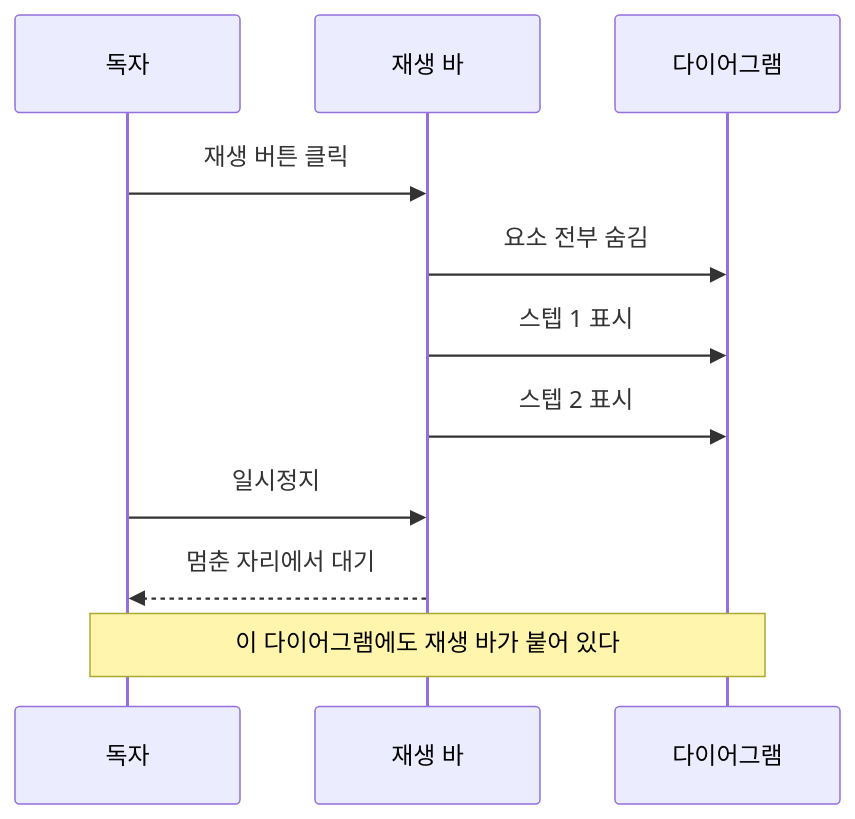
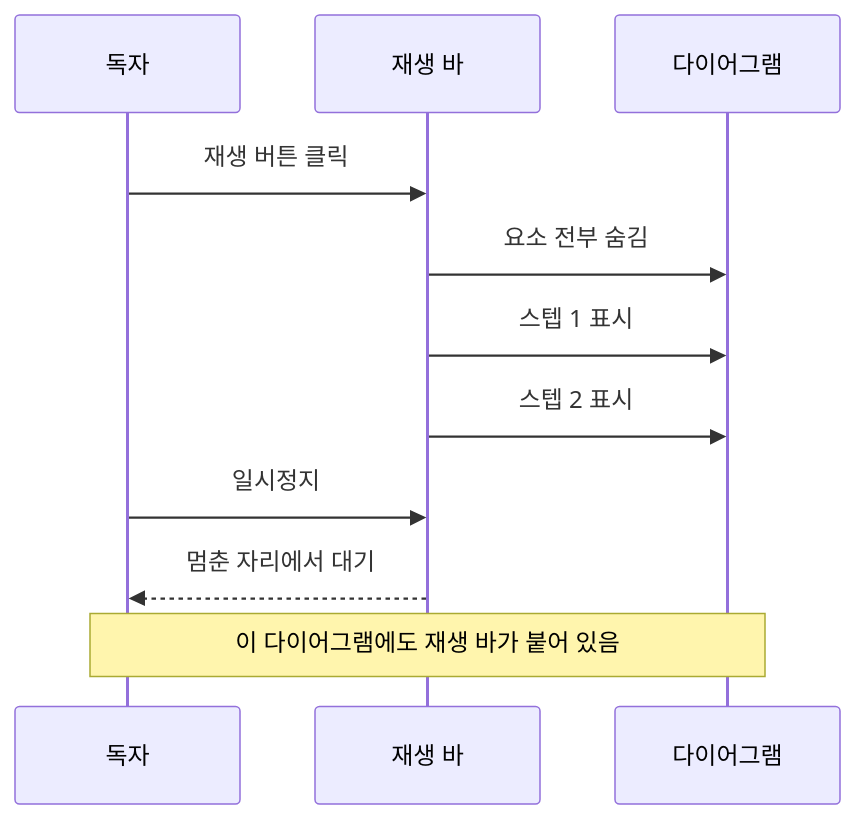
One commit to RJ-Stony/injoy changed the diagram in src/content/posts/polish-round-14.md. Above: the diagram before and after it, drawn with Mermaid. The commit also changed other lines of this file, not shown here.

Commit message:
post: 다이어그램과 코드의 흐름 파악할 수 있게 하기 수정 (/write)

````diff
--- a/src/content/posts/polish-round-14.md
+++ b/src/content/posts/polish-round-14.md
@@ -51,13 +51,13 @@
 ```mermaid
 sequenceDiagram
     participant R as 독자
     participant T as 재생 바
     participant D as 다이어그램
     R->>T: 재생 버튼 클릭
     T->>D: 요소 전부 숨김
     T->>D: 스텝 1 표시
     T->>D: 스텝 2 표시
     R->>T: 일시정지
     T-->>R: 멈춘 자리에서 대기
-    Note over R,D: 이 다이어그램에도 재생 바가 붙어 있다
+    Note over R,D: 이 다이어그램에도 재생 바가 붙어 있음
 ```
````
